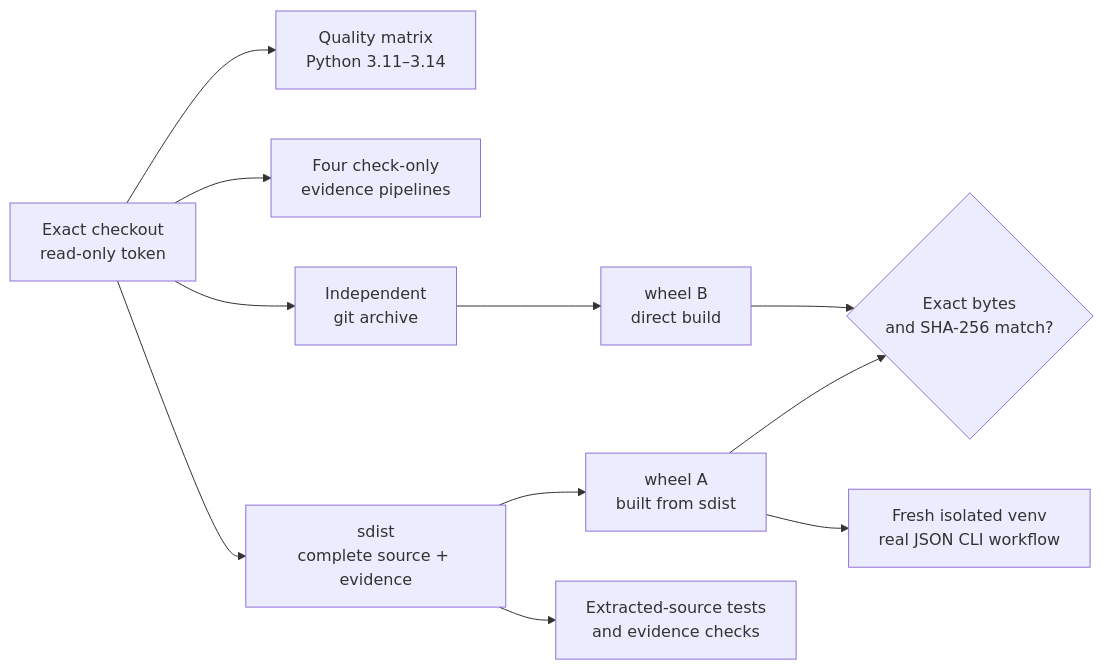
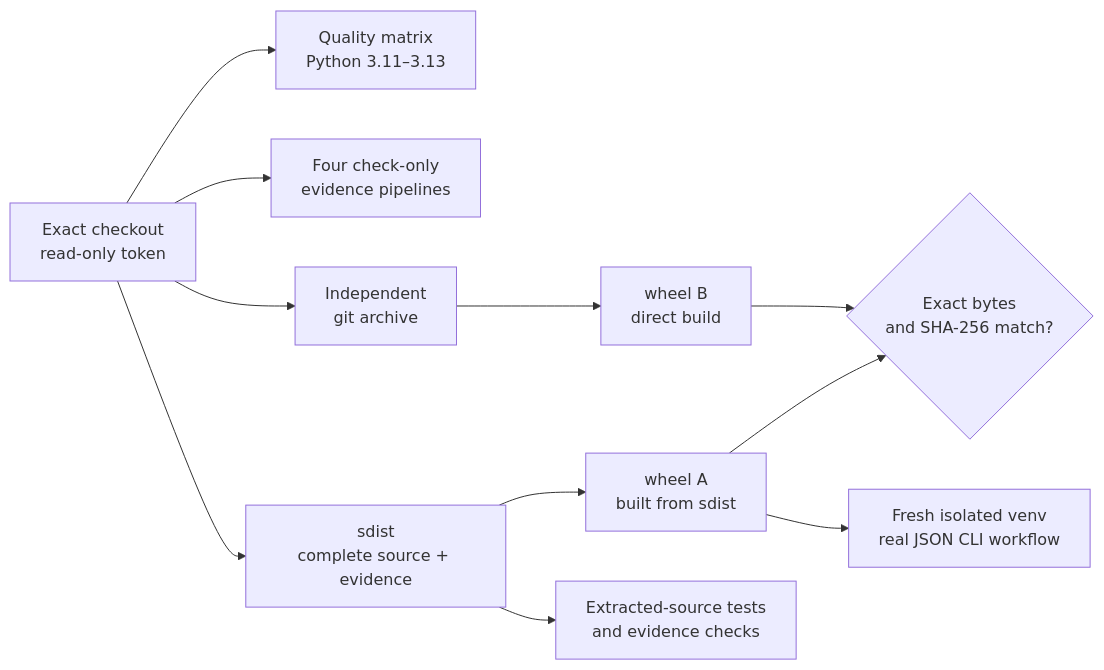
The diagram in docs/continuous-verification.md (omar07ibrahim/GWorker), drawn with Mermaid before and after one commit. The commit also changed other lines of this file and 11 other files, not shown here.

````diff
--- a/docs/continuous-verification.md
+++ b/docs/continuous-verification.md
@@ -8,13 +14,13 @@
 ```mermaid
 flowchart LR
-    C["Exact checkout<br/>read-only token"] --> Q["Quality matrix<br/>Python 3.11–3.14"]
+    C["Exact checkout<br/>read-only token"] --> Q["Quality matrix<br/>Python 3.11–3.13"]
     C --> E["Four check-only<br/>evidence pipelines"]
     C --> S["sdist<br/>complete source + evidence"]
     S --> W1["wheel A<br/>built from sdist"]
     C --> G["Independent<br/>git archive"]
     G --> W2["wheel B<br/>direct build"]
     W1 --> X{"Exact bytes<br/>and SHA-256 match?"}
     W2 --> X
     S --> T["Extracted-source tests<br/>and evidence checks"]
     W1 --> I["Fresh isolated venv<br/>real JSON CLI workflow"]
 ```
````
